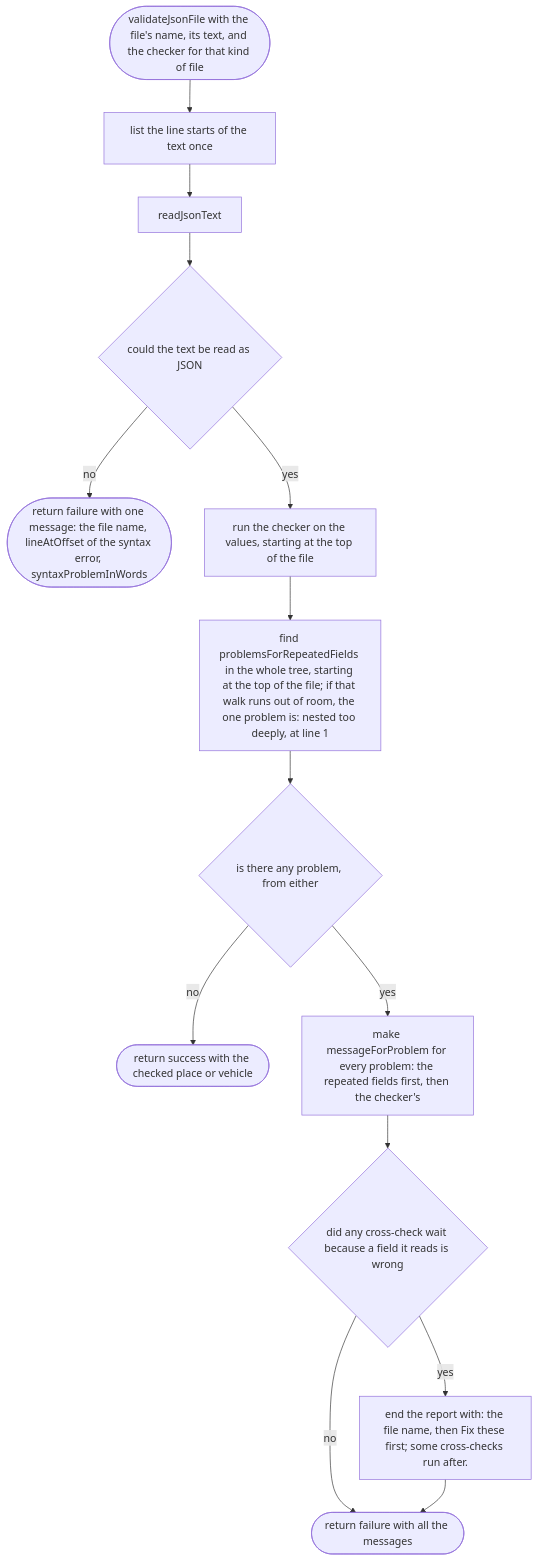
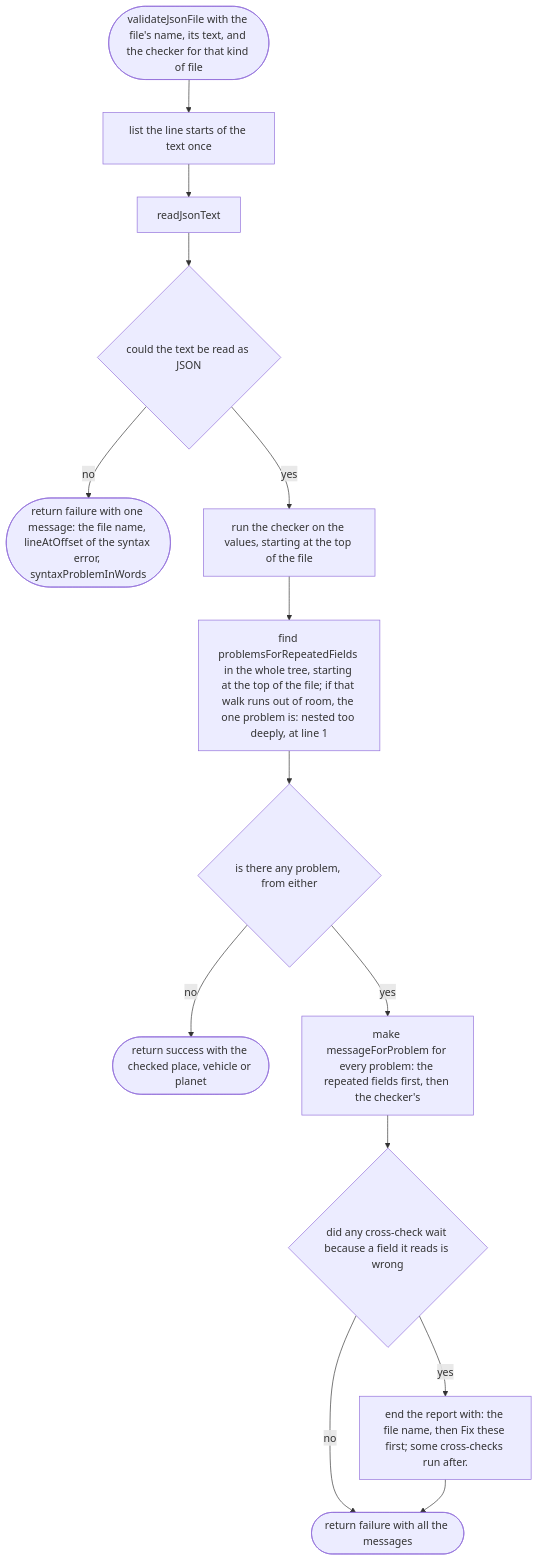
The first of 2 diagrams in docs/designs/src/place/check-file.md (NewDara-Star/world-engine), drawn with Mermaid before and after one commit. The commit also changed other lines of this file and 8 other files, not shown here.

````diff
--- a/docs/designs/src/place/check-file.md
+++ b/docs/designs/src/place/check-file.md
@@ -11,29 +13,29 @@
 ```mermaid
 flowchart TD
   s(["validateJsonFile with the file's name, its text, and the checker for that kind of file"])
   l["list the line starts of the text once"]
   a["readJsonText"]
   b{"could the text be read as JSON"}
   c(["return failure with one message: the file name, lineAtOffset of the syntax error, syntaxProblemInWords"])
   d["run the checker on the values, starting at the top of the file"]
   r["find problemsForRepeatedFields in the whole tree, starting at the top of the file; if that walk runs out of room, the one problem is: nested too deeply, at line 1"]
   e{"is there any problem, from either"}
-  f(["return success with the checked place or vehicle"])
+  f(["return success with the checked place, vehicle or planet"])
   g["make messageForProblem for every problem: the repeated fields first, then the checker's"]
   h{"did any cross-check wait because a field it reads is wrong"}
   i["end the report with: the file name, then Fix these first; some cross-checks run after."]
   j(["return failure with all the messages"])
   s --> l
   l --> a
   a --> b
   b -->|"no"| c
   b -->|"yes"| d
   d --> r
   r --> e
   e -->|"no"| f
   e -->|"yes"| g
   g --> h
   h -->|"yes"| i
   h -->|"no"| j
   i --> j
 ```
````
